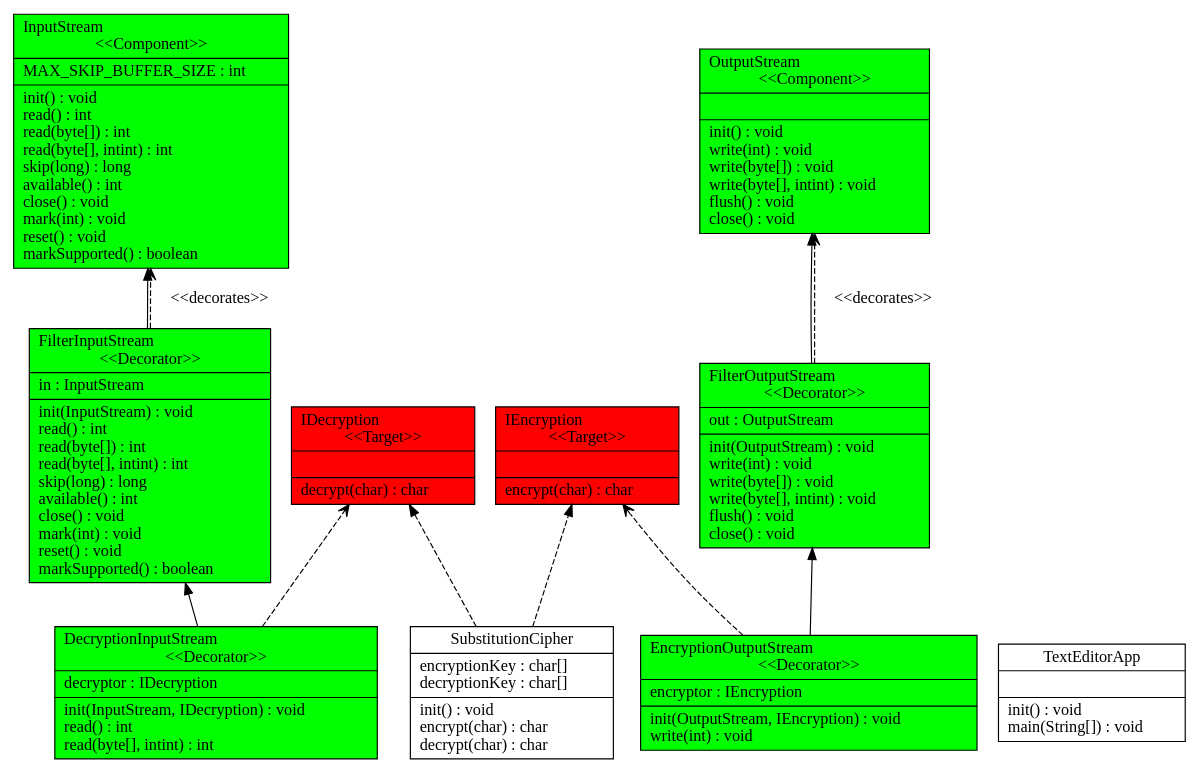
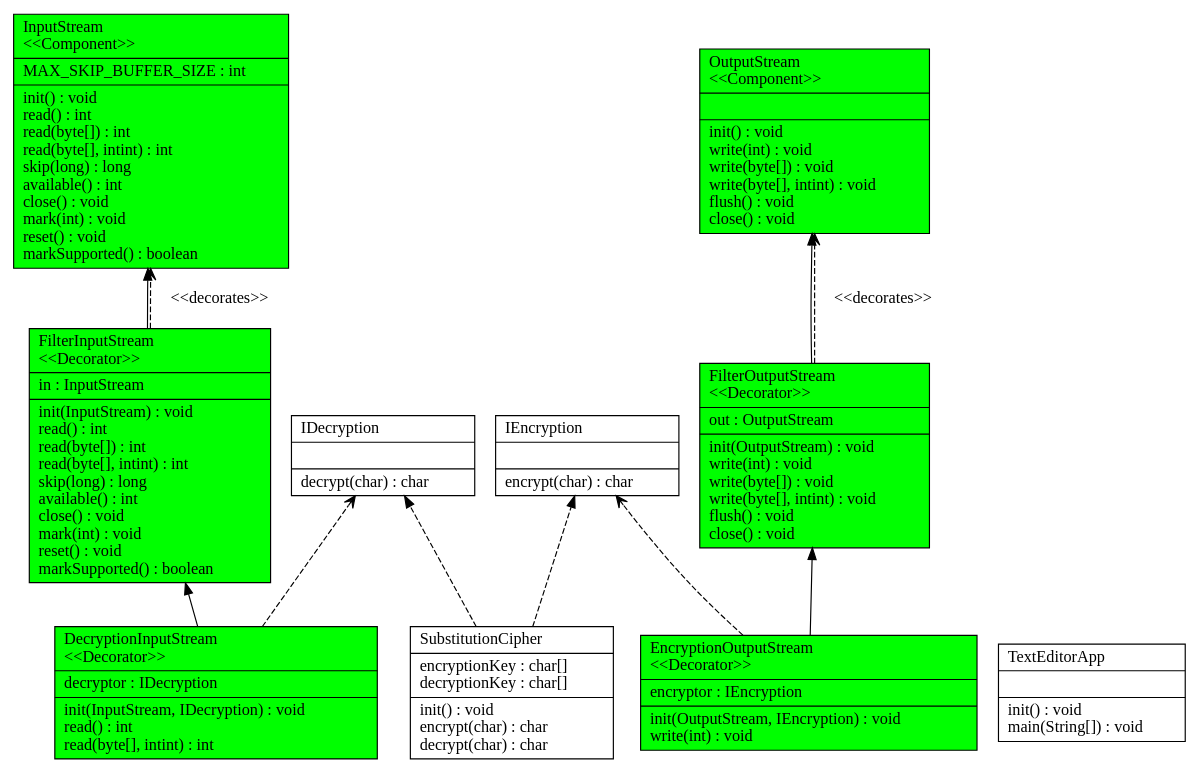
One commit to chinchalupa/CSSE374-Project changed the diagram in input_output/lab21.dot. Above: the diagram before and after it, drawn with Graphviz. The commit also changed 28 other files, not shown here.

```diff
--- a/input_output/lab21.dot
+++ b/input_output/lab21.dot
@@ -1,47 +1,47 @@
 digraph G {
 
 fontname = "Bitstream Vera Sans"
 fontsize = 8
 rankdir=BT
 
 node [shape = "record" color = "#000000" fillcolor = "#00ff00" style="filled"]
-ClassTDecryptionInputStream [label = "{DecryptionInputStream\l\<\<Decorator\>\>|decryptor : IDecryption\l|init(InputStream, IDecryption) : void\lread() : int\lread(byte[], intint) : int\l}"]
+ClassTDecryptionInputStream [label = "{DecryptionInputStream\l\<\<Decorator\>\>\l|decryptor : IDecryption\l|init(InputStream, IDecryption) : void\lread() : int\lread(byte[], intint) : int\l}"]
 node [shape = "record" color = "#000000" fillcolor = "#00ff00" style="filled"]
-ClassTEncryptionOutputStream [label = "{EncryptionOutputStream\l\<\<Decorator\>\>|encryptor : IEncryption\l|init(OutputStream, IEncryption) : void\lwrite(int) : void\l}"]
-node [shape = "record" color = "#000000" fillcolor = "#ff0000" style="filled"]
-ClassTIDecryption [label = "{IDecryption\l\<\<Target\>\>||decrypt(char) : char\l}"]
-node [shape = "record" color = "#000000" fillcolor = "#ff0000" style="filled"]
-ClassTIEncryption [label = "{IEncryption\l\<\<Target\>\>||encrypt(char) : char\l}"]
+ClassTEncryptionOutputStream [label = "{EncryptionOutputStream\l\<\<Decorator\>\>\l|encryptor : IEncryption\l|init(OutputStream, IEncryption) : void\lwrite(int) : void\l}"]
 node [shape = "record" color = "#000000" fillcolor = "#000000" style=""]
-ClassTSubstitutionCipher [label = "{SubstitutionCipher|encryptionKey : char[]\ldecryptionKey : char[]\l|init() : void\lencrypt(char) : char\ldecrypt(char) : char\l}"]
+ClassTIDecryption [label = "{IDecryption\l||decrypt(char) : char\l}"]
 node [shape = "record" color = "#000000" fillcolor = "#000000" style=""]
-ClassTTextEditorApp [label = "{TextEditorApp||init() : void\lmain(String[]) : void\l}"]
+ClassTIEncryption [label = "{IEncryption\l||encrypt(char) : char\l}"]
+node [shape = "record" color = "#000000" fillcolor = "#000000" style=""]
+ClassTSubstitutionCipher [label = "{SubstitutionCipher\l|encryptionKey : char[]\ldecryptionKey : char[]\l|init() : void\lencrypt(char) : char\ldecrypt(char) : char\l}"]
+node [shape = "record" color = "#000000" fillcolor = "#000000" style=""]
+ClassTTextEditorApp [label = "{TextEditorApp\l||init() : void\lmain(String[]) : void\l}"]
 node [shape = "record" color = "#000000" fillcolor = "#00ff00" style="filled"]
-ClassTFilterInputStream [label = "{FilterInputStream\l\<\<Decorator\>\>|in : InputStream\l|init(InputStream) : void\lread() : int\lread(byte[]) : int\lread(byte[], intint) : int\lskip(long) : long\lavailable() : int\lclose() : void\lmark(int) : void\lreset() : void\lmarkSupported() : boolean\l}"]
+ClassTFilterInputStream [label = "{FilterInputStream\l\<\<Decorator\>\>\l|in : InputStream\l|init(InputStream) : void\lread() : int\lread(byte[]) : int\lread(byte[], intint) : int\lskip(long) : long\lavailable() : int\lclose() : void\lmark(int) : void\lreset() : void\lmarkSupported() : boolean\l}"]
 node [shape = "record" color = "#000000" fillcolor = "#00ff00" style="filled"]
-ClassTFilterOutputStream [label = "{FilterOutputStream\l\<\<Decorator\>\>|out : OutputStream\l|init(OutputStream) : void\lwrite(int) : void\lwrite(byte[]) : void\lwrite(byte[], intint) : void\lflush() : void\lclose() : void\l}"]
+ClassTFilterOutputStream [label = "{FilterOutputStream\l\<\<Decorator\>\>\l|out : OutputStream\l|init(OutputStream) : void\lwrite(int) : void\lwrite(byte[]) : void\lwrite(byte[], intint) : void\lflush() : void\lclose() : void\l}"]
 node [shape = "record" color = "#000000" fillcolor = "#00ff00" style="filled"]
-ClassTInputStream [label = "{InputStream\l\<\<Component\>\>|MAX_SKIP_BUFFER_SIZE : int\l|init() : void\lread() : int\lread(byte[]) : int\lread(byte[], intint) : int\lskip(long) : long\lavailable() : int\lclose() : void\lmark(int) : void\lreset() : void\lmarkSupported() : boolean\l}"]
+ClassTInputStream [label = "{InputStream\l\<\<Component\>\>\l|MAX_SKIP_BUFFER_SIZE : int\l|init() : void\lread() : int\lread(byte[]) : int\lread(byte[], intint) : int\lskip(long) : long\lavailable() : int\lclose() : void\lmark(int) : void\lreset() : void\lmarkSupported() : boolean\l}"]
 node [shape = "record" color = "#000000" fillcolor = "#00ff00" style="filled"]
-ClassTOutputStream [label = "{OutputStream\l\<\<Component\>\>||init() : void\lwrite(int) : void\lwrite(byte[]) : void\lwrite(byte[], intint) : void\lflush() : void\lclose() : void\l}"]
+ClassTOutputStream [label = "{OutputStream\l\<\<Component\>\>\l||init() : void\lwrite(int) : void\lwrite(byte[]) : void\lwrite(byte[], intint) : void\lflush() : void\lclose() : void\l}"]
 edge [arrowhead = "normal" style = "solid" label = ""]
 ClassTDecryptionInputStream -> ClassTFilterInputStream
 edge [arrowhead = "vee" style = "dashed" label = ""]
 ClassTDecryptionInputStream -> ClassTIDecryption
 edge [arrowhead = "normal" style = "solid" label = ""]
 ClassTEncryptionOutputStream -> ClassTFilterOutputStream
 edge [arrowhead = "vee" style = "dashed" label = ""]
 ClassTEncryptionOutputStream -> ClassTIEncryption
 edge [arrowhead = "normal" style = "dashed" label = ""]
 ClassTSubstitutionCipher -> ClassTIEncryption
 edge [arrowhead = "normal" style = "dashed" label = ""]
 ClassTSubstitutionCipher -> ClassTIDecryption
 edge [arrowhead = "normal" style = "solid" label = ""]
 ClassTFilterInputStream -> ClassTInputStream
 edge [arrowhead = "vee" style = "dashed" label = "<<decorates>>"]
 ClassTFilterInputStream -> ClassTInputStream
 edge [arrowhead = "normal" style = "solid" label = ""]
 ClassTFilterOutputStream -> ClassTOutputStream
 edge [arrowhead = "vee" style = "dashed" label = "<<decorates>>"]
 ClassTFilterOutputStream -> ClassTOutputStream
 }
```
